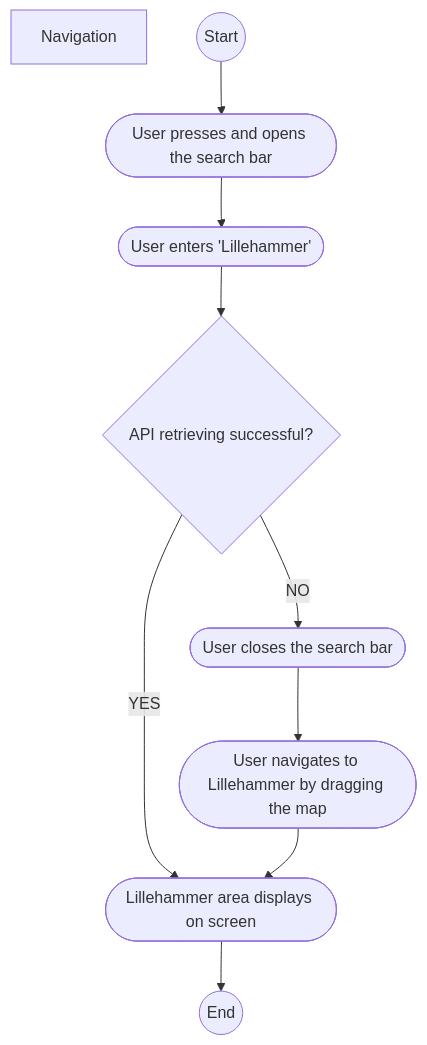
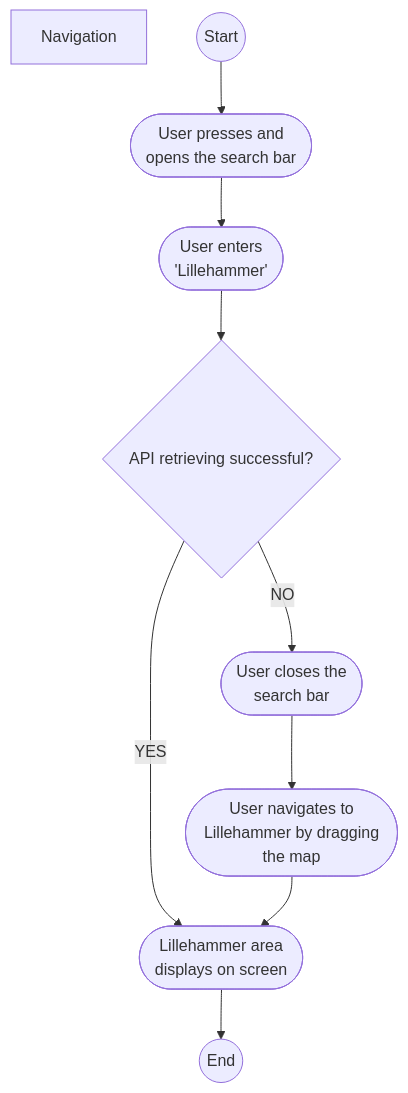
The sixth of 6 diagrams in MODELLING.md (ipo321/SoppFinnerApp), drawn with Mermaid before and after one commit. The commit also changed other lines of this file, not shown here.

````diff
--- a/MODELLING.md
+++ b/MODELLING.md
@@ -524,30 +527,30 @@
 ```mermaid
 flowchart TD
     title["Navigation"]
 
 
     start((Start))
 
 
-    bar([User presses and opens the search bar])
-    enter([User enters 'Lillehammer'])
-    display([Lillehammer area displays on screen])
-    out([User closes the search bar])
-    nav([User navigates to Lillehammer by dragging the map])
+    bar([User presses and <br>opens the search bar])
+    enter([User enters <br>'Lillehammer'])
+    display([Lillehammer area <br>displays on screen])
+    out([User closes the <br>search bar])
+    nav([User navigates to <br>Lillehammer by dragging <br>the map])
 
 
     success{API retrieving successful?}
 
 
     ending((End))
 
 
     start --> bar
     bar --> enter
     enter --> success
     success --YES--> display
     success --NO--> out
     out --> nav
     nav --> display
     display --> ending
 ```
````
